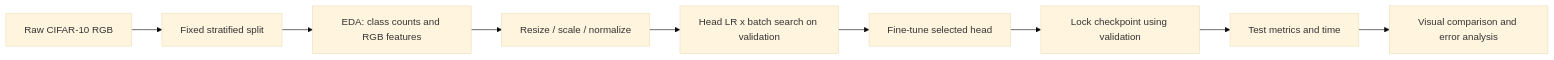
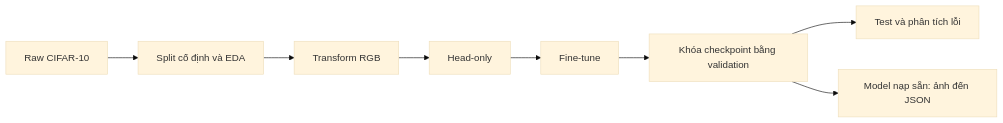
One commit to lacthui06/Lab-DL changed the diagram in labs/lab02/walkthrough_lab_02.md. Above: the diagram before and after it, drawn with Mermaid (base theme). The commit also changed other lines of this file and 49 other files, not shown here.

Commit message:
feat(lab02): integrate inference benchmarks and notebook roadmap

````diff
--- a/labs/lab02/walkthrough_lab_02.md
+++ b/labs/lab02/walkthrough_lab_02.md
@@ -43,11 +90,10 @@
 ```mermaid
 flowchart LR
-  A[Raw CIFAR-10 RGB] --> B[Fixed stratified split]
-  B --> C[EDA: class counts and RGB features]
-  C --> D[Resize / scale / normalize]
-  D --> E[Head LR x batch search on validation]
-  E --> F[Fine-tune selected head]
-  F --> G[Lock checkpoint using validation]
-  G --> H[Test metrics and time]
-  H --> I[Visual comparison and error analysis]
+  A[Raw CIFAR-10] --> B[Split cố định và EDA]
+  B --> C[Transform RGB]
+  C --> D[Head-only]
+  D --> E[Fine-tune]
+  E --> F[Khóa checkpoint bằng validation]
+  F --> G[Test và phân tích lỗi]
+  F --> H[Model nạp sẵn: ảnh đến JSON]
 ```
````
